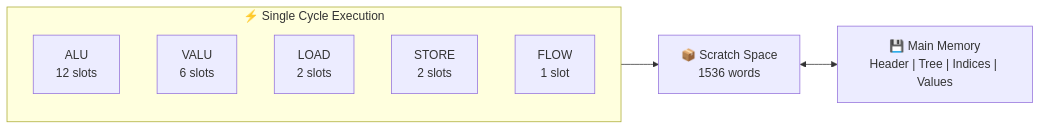
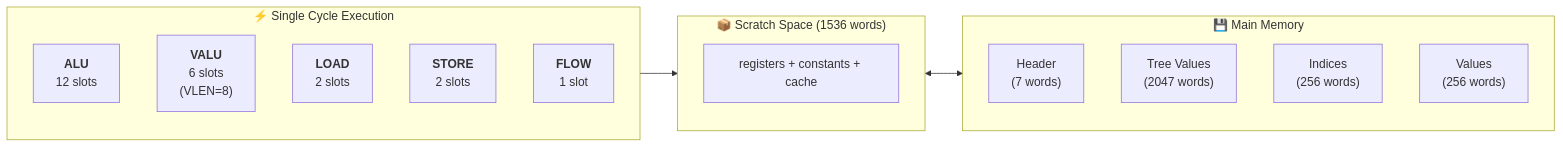
The first of 4 diagrams in content/posts/anthropic-performance-takehome-deep-dive.md (trirpi/trirpi.github.io), drawn with Mermaid before and after one commit. The commit also changed other lines of this file, not shown here.

Commit message:
Restore diagram details, keep horizontal layout

````diff
--- a/content/posts/anthropic-performance-takehome-deep-dive.md
+++ b/content/posts/anthropic-performance-takehome-deep-dive.md
@@ -31,13 +31,24 @@
 ```mermaid
 flowchart LR
     subgraph cycle["⚡ Single Cycle Execution"]
-        ALU["ALU<br/>12 slots"] 
-        VALU["VALU<br/>6 slots"]
-        LOAD["LOAD<br/>2 slots"]
-        STORE["STORE<br/>2 slots"]
-        FLOW["FLOW<br/>1 slot"]
+        ALU["<b>ALU</b><br/>12 slots"]
+        VALU["<b>VALU</b><br/>6 slots<br/>(VLEN=8)"]
+        LOAD["<b>LOAD</b><br/>2 slots"]
+        STORE["<b>STORE</b><br/>2 slots"]
+        FLOW["<b>FLOW</b><br/>1 slot"]
     end
     
-    cycle --> SCRATCH["📦 Scratch Space<br/>1536 words"]
-    SCRATCH <--> MEM["💾 Main Memory<br/>Header | Tree | Indices | Values"]
+    subgraph scratch["📦 Scratch Space (1536 words)"]
+        REG["registers + constants + cache"]
+    end
+    
+    subgraph mem["💾 Main Memory"]
+        HEADER["Header<br/>(7 words)"]
+        TREE["Tree Values<br/>(2047 words)"]
+        IDX["Indices<br/>(256 words)"]
+        VAL["Values<br/>(256 words)"]
+    end
+    
+    cycle --> scratch
+    scratch <--> mem
 ```
````
